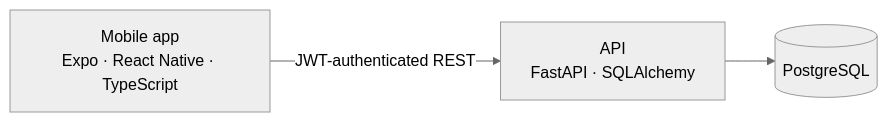
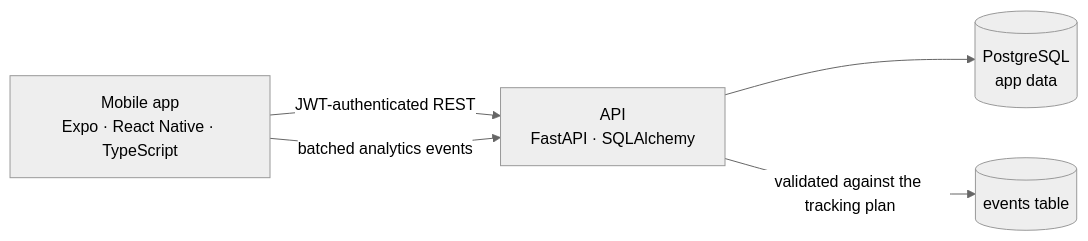
One commit to Mariam-Fathi/homi changed the diagram in README.md. Above: the diagram before and after it, drawn with Mermaid (neutral theme). The commit also changed other lines of this file, not shown here.

````diff
--- a/README.md
+++ b/README.md
@@ -15,9 +15,12 @@
 ```mermaid
 flowchart LR
     app["Mobile app<br/>Expo · React Native · TypeScript"]
     api["API<br/>FastAPI · SQLAlchemy"]
-    db[("PostgreSQL")]
+    db[("PostgreSQL<br/>app data")]
+    events[("events table")]
 
     app -- "JWT-authenticated REST" --> api
+    app -- "batched analytics events" --> api
     api --> db
+    api -- "validated against the tracking plan" --> events
 ```
````
